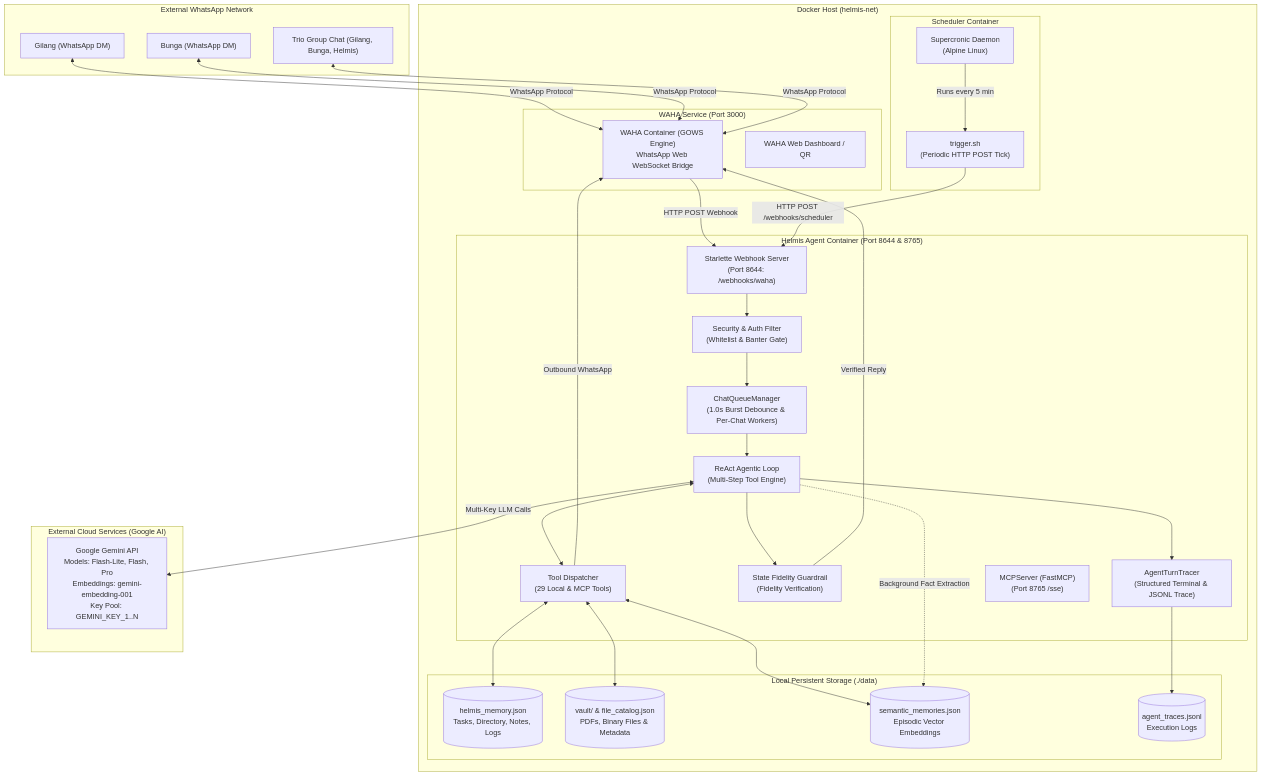
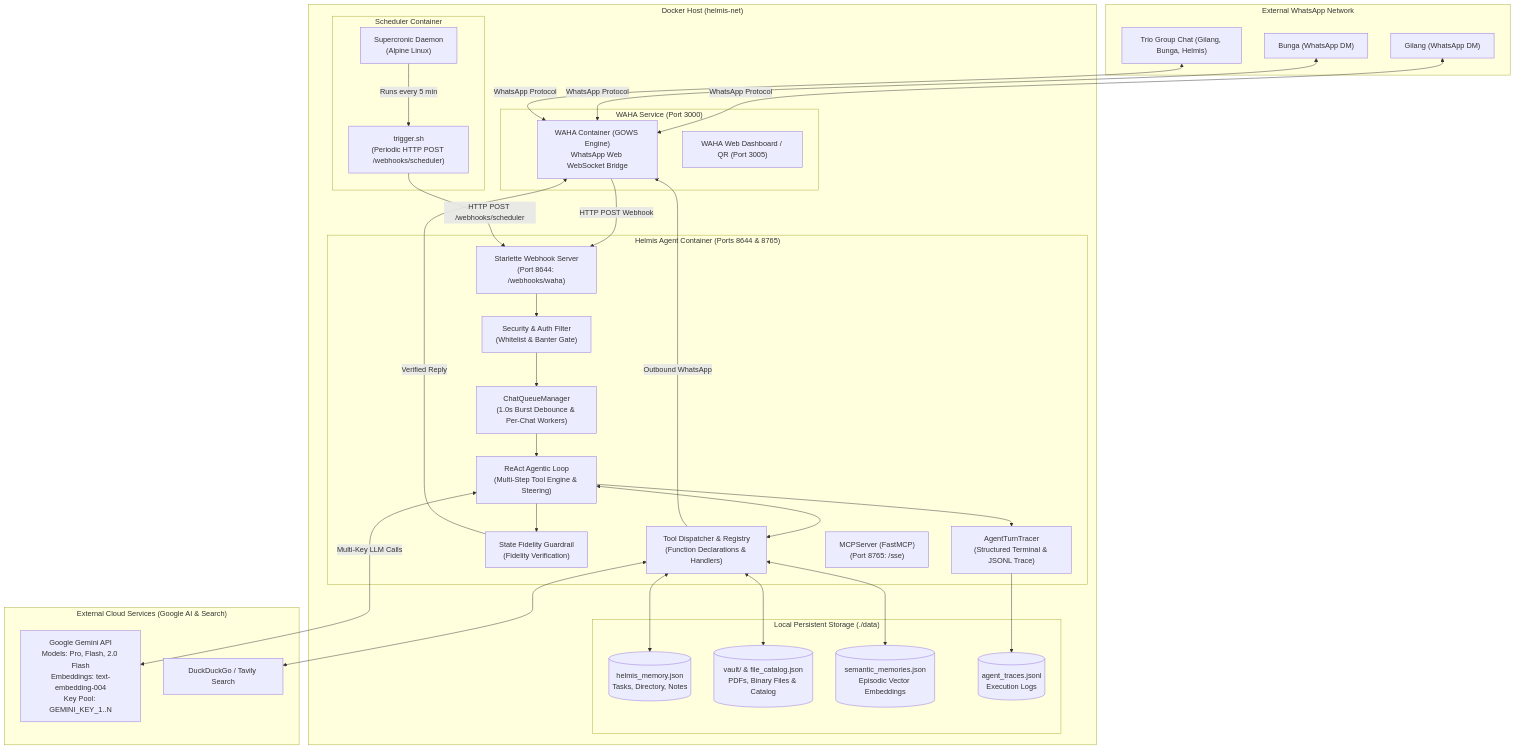
Before and after one commit to gimigkk/Helmis: the first of 2 diagrams in docs/ARCHITECTURE.md, drawn with Mermaid. The commit also changed other lines of this file and 10 other files, not shown here.

Commit message:
docs: complete overhaul of README and 10 technical guides to match domain architecture and 107 passing tests

````diff
--- a/docs/ARCHITECTURE.md
+++ b/docs/ARCHITECTURE.md
@@ -11,65 +11,66 @@
 ```mermaid
 graph TD
     subgraph "External WhatsApp Network"
         UserG["Gilang (WhatsApp DM)"]
         UserB["Bunga (WhatsApp DM)"]
         GroupT["Trio Group Chat (Gilang, Bunga, Helmis)"]
     end
 
     subgraph "Docker Host (helmis-net)"
         subgraph "WAHA Service (Port 3000)"
             WAHA["WAHA Container (GOWS Engine)<br/>WhatsApp Web WebSocket Bridge"]
-            WAHADash["WAHA Web Dashboard / QR"]
+            WAHADash["WAHA Web Dashboard / QR (Port 3005)"]
         end
 
-        subgraph "Helmis Agent Container (Port 8644 & 8765)"
+        subgraph "Helmis Agent Container (Ports 8644 & 8765)"
             WH["Starlette Webhook Server<br/>(Port 8644: /webhooks/waha)"]
             AuthF["Security & Auth Filter<br/>(Whitelist & Banter Gate)"]
             QueueMgr["ChatQueueManager<br/>(1.0s Burst Debounce & Per-Chat Workers)"]
-            ReActLoop["ReAct Agentic Loop<br/>(Multi-Step Tool Engine)"]
-            ToolDisp["Tool Dispatcher<br/>(29 Local & MCP Tools)"]
+            ReActLoop["ReAct Agentic Loop<br/>(Multi-Step Tool Engine & Steering)"]
+            ToolDisp["Tool Dispatcher & Registry<br/>(Function Declarations & Handlers)"]
             Guardrail["State Fidelity Guardrail<br/>(Fidelity Verification)"]
             Tracer["AgentTurnTracer<br/>(Structured Terminal & JSONL Trace)"]
-            MCP["MCPServer (FastMCP)<br/>(Port 8765 /sse)"]
+            MCP["MCPServer (FastMCP)<br/>(Port 8765: /sse)"]
         end
 
         subgraph "Scheduler Container"
             Cron["Supercronic Daemon<br/>(Alpine Linux)"]
-            Trigger["trigger.sh<br/>(Periodic HTTP POST Tick)"]
+            Trigger["trigger.sh<br/>(Periodic HTTP POST /webhooks/scheduler)"]
         end
 
         subgraph "Local Persistent Storage (./data)"
-            JSONStore[("helmis_memory.json<br/>Tasks, Directory, Notes, Logs")]
-            VaultStore[("vault/ & file_catalog.json<br/>PDFs, Binary Files & Metadata")]
+            JSONStore[("helmis_memory.json<br/>Tasks, Directory, Notes")]
+            VaultStore[("vault/ & file_catalog.json<br/>PDFs, Binary Files & Catalog")]
             VecStore[("semantic_memories.json<br/>Episodic Vector Embeddings")]
             TraceLog[("agent_traces.jsonl<br/>Execution Logs")]
         end
     end
 
-    subgraph "External Cloud Services (Google AI)"
-        GeminiAPI["Google Gemini API<br/>Models: Flash-Lite, Flash, Pro<br/>Embeddings: gemini-embedding-001<br/>Key Pool: GEMINI_KEY_1..N"]
+    subgraph "External Cloud Services (Google AI & Search)"
+        GeminiAPI["Google Gemini API<br/>Models: Pro, Flash, 2.0 Flash<br/>Embeddings: text-embedding-004<br/>Key Pool: GEMINI_KEY_1..N"]
+        SearchAPI["DuckDuckGo / Tavily Search"]
     end
 
     UserG <-->|WhatsApp Protocol| WAHA
     UserB <-->|WhatsApp Protocol| WAHA
     GroupT <-->|WhatsApp Protocol| WAHA
 
     WAHA -->|HTTP POST Webhook| WH
     Cron -->|Runs every 5 min| Trigger
     Trigger -->|HTTP POST /webhooks/scheduler| WH
 
     WH --> AuthF
     AuthF --> QueueMgr
     QueueMgr --> ReActLoop
     ReActLoop <-->|Multi-Key LLM Calls| GeminiAPI
     ReActLoop <--> ToolDisp
     ToolDisp <--> JSONStore
     ToolDisp <--> VaultStore
     ToolDisp <--> VecStore
+    ToolDisp <--> SearchAPI
     ToolDisp -->|Outbound WhatsApp| WAHA
     ReActLoop --> Guardrail
     Guardrail -->|Verified Reply| WAHA
-    ReActLoop -.->|Background Fact Extraction| VecStore
     ReActLoop --> Tracer
     Tracer --> TraceLog
 ```
````
